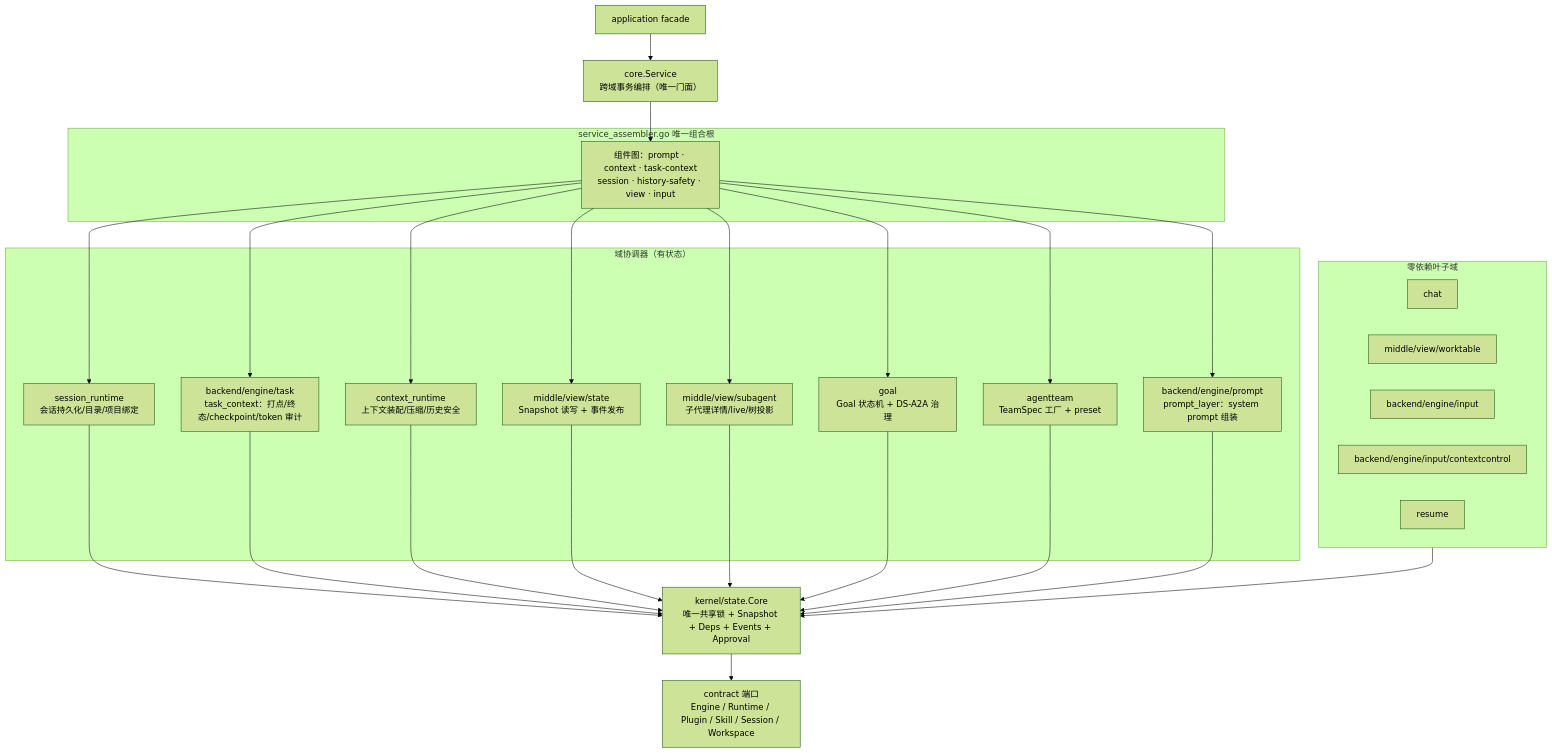
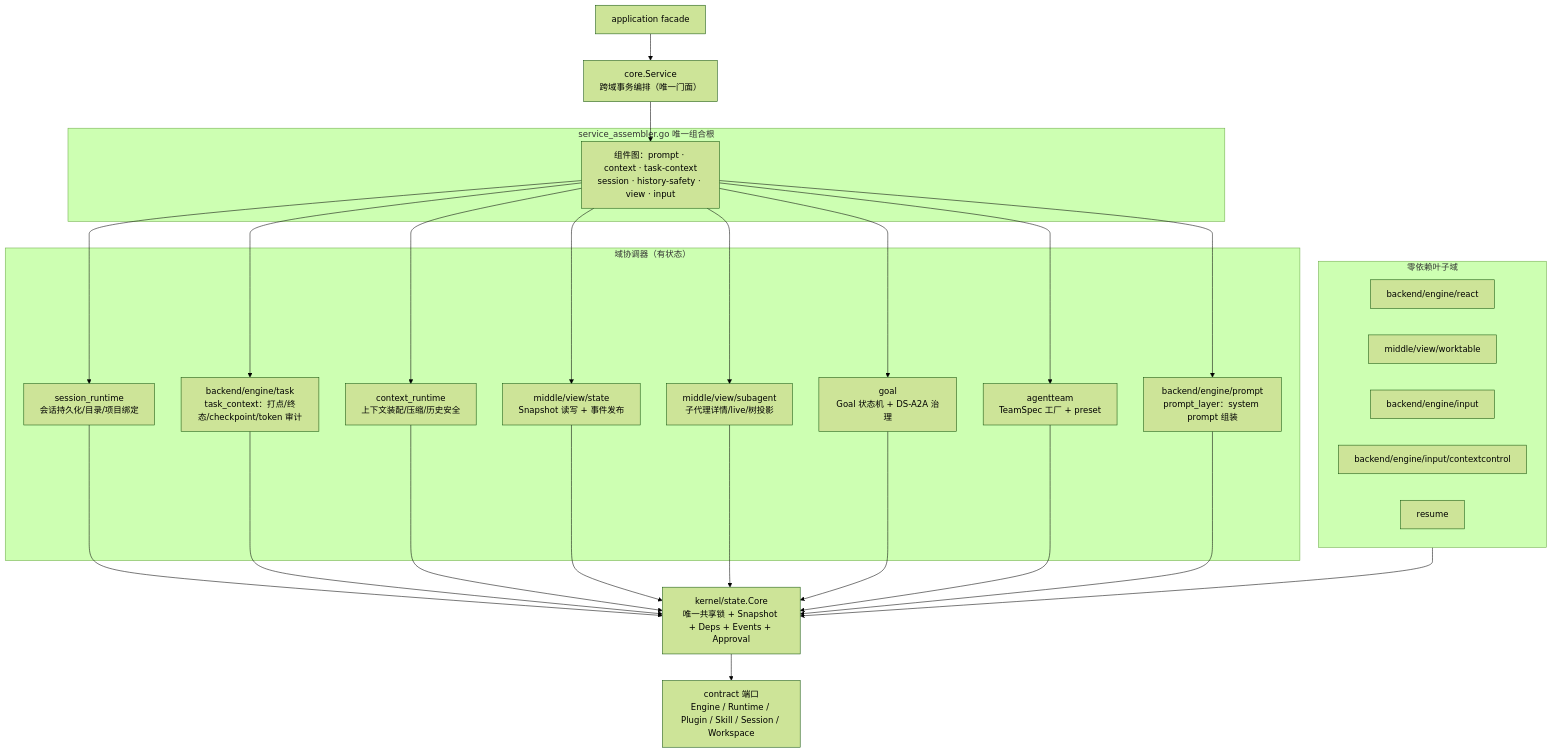
One commit to RedHuang-0622/seelex changed the first of 4 diagrams in application/core/README.md. Above: the diagram before and after it, drawn with Mermaid (forest theme). The commit also changed other lines of this file and 16 other files, not shown here.

First line of the commit message:
refactor(arch): M5-R7d chat 叶子域归位 backend/engine/react（plan §2.5）

````diff
--- a/application/core/README.md
+++ b/application/core/README.md
@@ -43,51 +44,51 @@
 ```mermaid
 flowchart TB
     FACADE["application facade"] --> SVC["core.Service<br/>跨域事务编排（唯一门面）"]
 
     subgraph ASSEMBLER["service_assembler.go 唯一组合根"]
         COMP["组件图：prompt · context · task-context<br/>session · history-safety · view · input"]
     end
 
     SVC --> COMP
 
     subgraph DOMAIN["域协调器（有状态）"]
         SR["session_runtime<br/>会话持久化/目录/项目绑定"]
         TC["backend/engine/task<br/>task_context：打点/终态/checkpoint/token 审计"]
         CR["context_runtime<br/>上下文装配/压缩/历史安全"]
         VS["middle/view/state<br/>Snapshot 读写 + 事件发布"]
         SV["middle/view/subagent<br/>子代理详情/live/树投影"]
         GOAL["goal<br/>Goal 状态机 + DS-A2A 治理"]
         TEAM["agentteam<br/>TeamSpec 工厂 + preset"]
         PL["backend/engine/prompt<br/>prompt_layer：system prompt 组装"]
     end
 
     subgraph LEAF["零依赖叶子域"]
-        CHAT["chat"]
+        CHAT["backend/engine/react"]
         WT["middle/view/worktable"]
         IR["backend/engine/input"]
         CC["backend/engine/input/contextcontrol"]
         RES["resume"]
     end
 
     ST["kernel/state.Core<br/>唯一共享锁 + Snapshot + Deps + Events + Approval"]
     PORTS["contract 端口<br/>Engine / Runtime / Plugin / Skill / Session / Workspace"]
 
     COMP --> SR
     COMP --> TC
     COMP --> CR
     COMP --> VS
     COMP --> SV
     COMP --> GOAL
     COMP --> TEAM
     COMP --> PL
     SR --> ST
     TC --> ST
     CR --> ST
     VS --> ST
     SV --> ST
     GOAL --> ST
     TEAM --> ST
     PL --> ST
     LEAF --> ST
     ST --> PORTS
 ```
````
